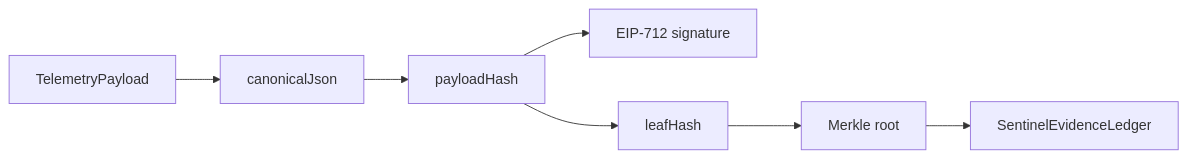
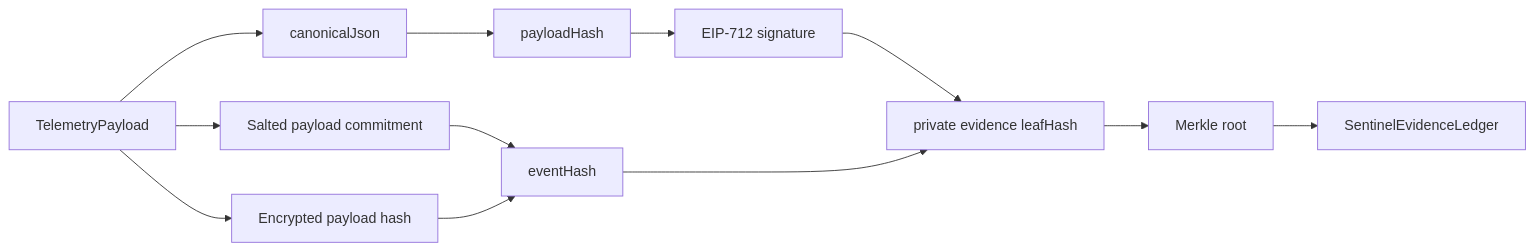
Before and after one commit to roshaninfordham/monad-sentinel: the diagram in packages/shared/README.md, drawn with Mermaid. The commit also changed other lines of this file and 3 other files, not shown here.

Commit message:
feat: add private evidence protocol primitives

````diff
--- a/packages/shared/README.md
+++ b/packages/shared/README.md
@@ -18,9 +19,14 @@
 ```mermaid
 flowchart LR
   Payload[TelemetryPayload] --> Canonical[canonicalJson]
   Canonical --> PayloadHash[payloadHash]
   PayloadHash --> Signature[EIP-712 signature]
-  PayloadHash --> Leaf[leafHash]
+  Payload --> Commitment[Salted payload commitment]
+  Payload --> Cipher[Encrypted payload hash]
+  Commitment --> EventHash[eventHash]
+  Cipher --> EventHash
+  Signature --> Leaf[private evidence leafHash]
+  EventHash --> Leaf
   Leaf --> Root[Merkle root]
   Root --> Monad[SentinelEvidenceLedger]
 ```
````
